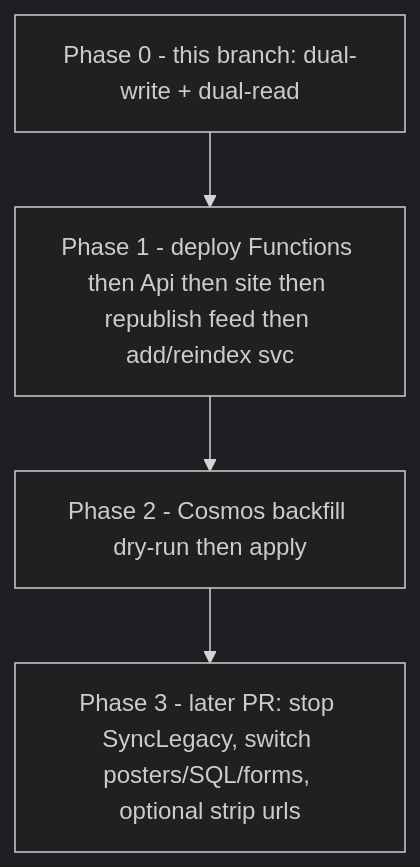
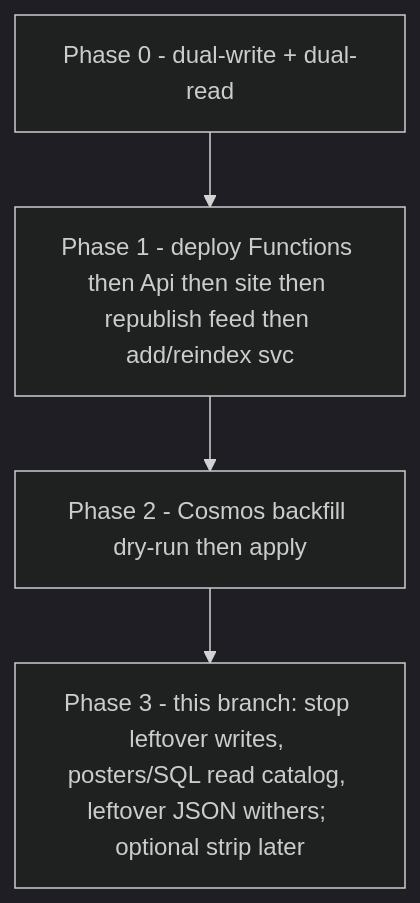
The second of 2 diagrams in docs/episode-services-canvas.md (cultpodcasts/RedditPodcastPoster), drawn with Mermaid (dark theme) before and after one commit. The commit also changed other lines of this file and 10 other files, not shown here.

First line of the commit message:
fix: Classify leftover JSON and stop claiming dual-write is on

````diff
--- a/docs/episode-services-canvas.md
+++ b/docs/episode-services-canvas.md
@@ -203,8 +197,8 @@
 ```mermaid
 flowchart TD
-  P0[Phase 0 - this branch: dual-write + dual-read]
+  P0[Phase 0 - dual-write + dual-read]
   P1[Phase 1 - deploy Functions then Api then site then republish feed then add/reindex svc]
   P2[Phase 2 - Cosmos backfill dry-run then apply]
-  P3[Phase 3 - later PR: stop SyncLegacy, switch posters/SQL/forms, optional strip urls]
+  P3[Phase 3 - this branch: stop leftover writes, posters/SQL read catalog, leftover JSON withers; optional strip later]
   P0 --> P1 --> P2 --> P3
 ```
````
